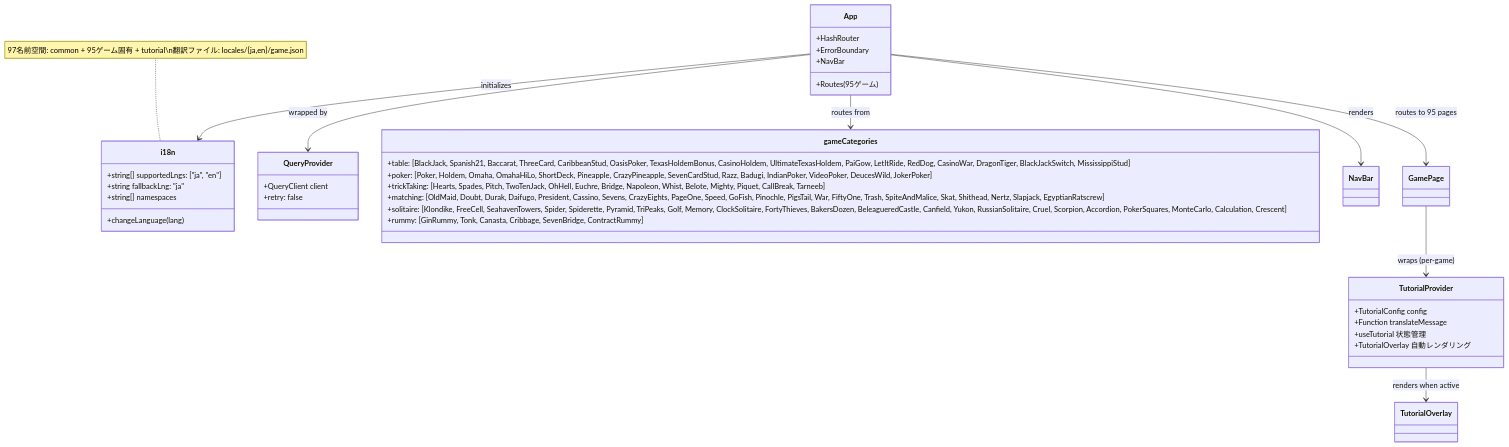
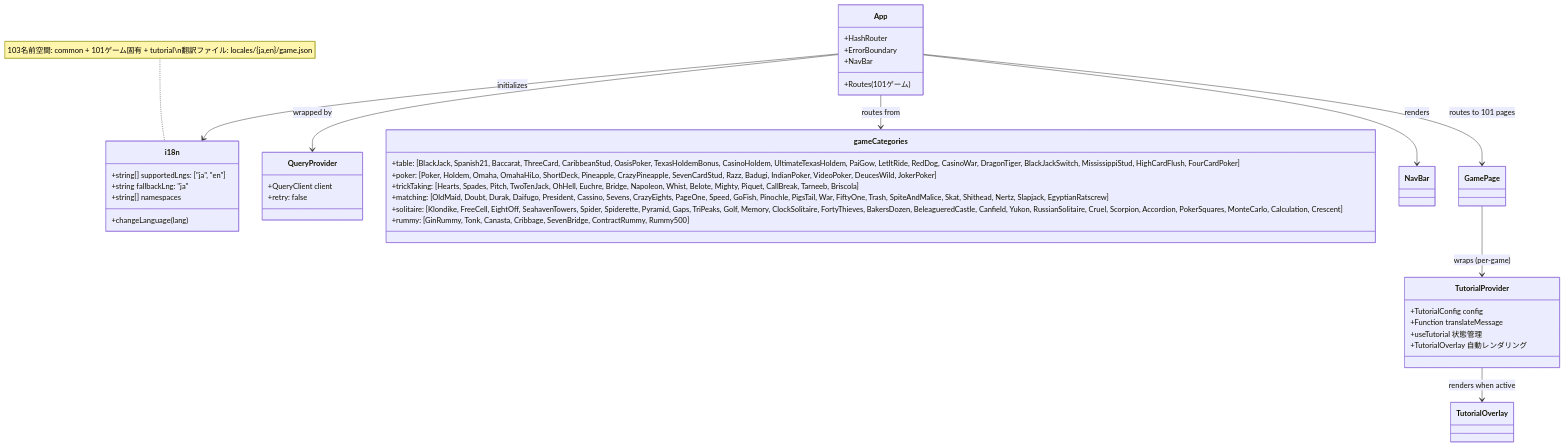
The ninth of 42 diagrams in docs/design/frontend.md (yuta-yoshinaga/go_trumpcards), drawn with Mermaid before and after one commit. The commit also changed other lines of this file and 1 other file, not shown here.

Commit message:
docs: fix UML design doc drift to reflect 101 games
Updated stale 94/95-game references in backend.md and frontend.md UML
diagrams to match the current 101-game registry (32 casino + 38 classic
+ 31 solo). Added the 6 games missing from the gameCategories class
diagram (EightOff, Gaps, Rummy500, Briscola, HighCardFlush,
FourCardPoker) and the API list note (now lists all 7 previously
missing games). Bumped i18n namespace count to 103 (common + 101 games
+ tutorial). Surfaced via /doc-drift-check.

Closes #1835

````diff
--- a/docs/design/frontend.md
+++ b/docs/design/frontend.md
@@ -1912,47 +1912,47 @@
 ```mermaid
 classDiagram
     class i18n {
         +string[] supportedLngs: ["ja", "en"]
         +string fallbackLng: "ja"
         +string[] namespaces
         +changeLanguage(lang)
     }
 
     class QueryProvider {
         +QueryClient client
         +retry: false
     }
 
     class App {
         +HashRouter
         +ErrorBoundary
         +NavBar
-        +Routes (95ゲーム)
+        +Routes (101ゲーム)
     }
 
     class gameCategories {
-        +table: [BlackJack, Spanish21, Baccarat, ThreeCard, CaribbeanStud, OasisPoker, TexasHoldemBonus, CasinoHoldem, UltimateTexasHoldem, PaiGow, LetItRide, RedDog, CasinoWar, DragonTiger, BlackJackSwitch, MississippiStud]
+        +table: [BlackJack, Spanish21, Baccarat, ThreeCard, CaribbeanStud, OasisPoker, TexasHoldemBonus, CasinoHoldem, UltimateTexasHoldem, PaiGow, LetItRide, RedDog, CasinoWar, DragonTiger, BlackJackSwitch, MississippiStud, HighCardFlush, FourCardPoker]
         +poker: [Poker, Holdem, Omaha, OmahaHiLo, ShortDeck, Pineapple, CrazyPineapple, SevenCardStud, Razz, Badugi, IndianPoker, VideoPoker, DeucesWild, JokerPoker]
-        +trickTaking: [Hearts, Spades, Pitch, TwoTenJack, OhHell, Euchre, Bridge, Napoleon, Whist, Belote, Mighty, Piquet, CallBreak, Tarneeb]
+        +trickTaking: [Hearts, Spades, Pitch, TwoTenJack, OhHell, Euchre, Bridge, Napoleon, Whist, Belote, Mighty, Piquet, CallBreak, Tarneeb, Briscola]
         +matching: [OldMaid, Doubt, Durak, Daifugo, President, Cassino, Sevens, CrazyEights, PageOne, Speed, GoFish, Pinochle, PigsTail, War, FiftyOne, Trash, SpiteAndMalice, Skat, Shithead, Nertz, Slapjack, EgyptianRatscrew]
-        +solitaire: [Klondike, FreeCell, SeahavenTowers, Spider, Spiderette, Pyramid, TriPeaks, Golf, Memory, ClockSolitaire, FortyThieves, BakersDozen, BeleagueredCastle, Canfield, Yukon, RussianSolitaire, Cruel, Scorpion, Accordion, PokerSquares, MonteCarlo, Calculation, Crescent]
-        +rummy: [GinRummy, Tonk, Canasta, Cribbage, SevenBridge, ContractRummy]
+        +solitaire: [Klondike, FreeCell, EightOff, SeahavenTowers, Spider, Spiderette, Pyramid, Gaps, TriPeaks, Golf, Memory, ClockSolitaire, FortyThieves, BakersDozen, BeleagueredCastle, Canfield, Yukon, RussianSolitaire, Cruel, Scorpion, Accordion, PokerSquares, MonteCarlo, Calculation, Crescent]
+        +rummy: [GinRummy, Tonk, Canasta, Cribbage, SevenBridge, ContractRummy, Rummy500]
     }
 
     class TutorialProvider {
         +TutorialConfig config
         +Function translateMessage
         +useTutorial 状態管理
         +TutorialOverlay 自動レンダリング
     }
 
     App --> QueryProvider : wrapped by
     App --> i18n : initializes
     App --> gameCategories : routes from
     App --> NavBar : renders
-    App --> GamePage : routes to 95 pages
+    App --> GamePage : routes to 101 pages
     GamePage --> TutorialProvider : wraps (per-game)
     TutorialProvider --> TutorialOverlay : renders when active
 
-    note for i18n "97名前空間: common + 95ゲーム固有 + tutorial\n翻訳ファイル: locales/{ja,en}/game.json"
+    note for i18n "103名前空間: common + 101ゲーム固有 + tutorial\n翻訳ファイル: locales/{ja,en}/game.json"
 ```
````
